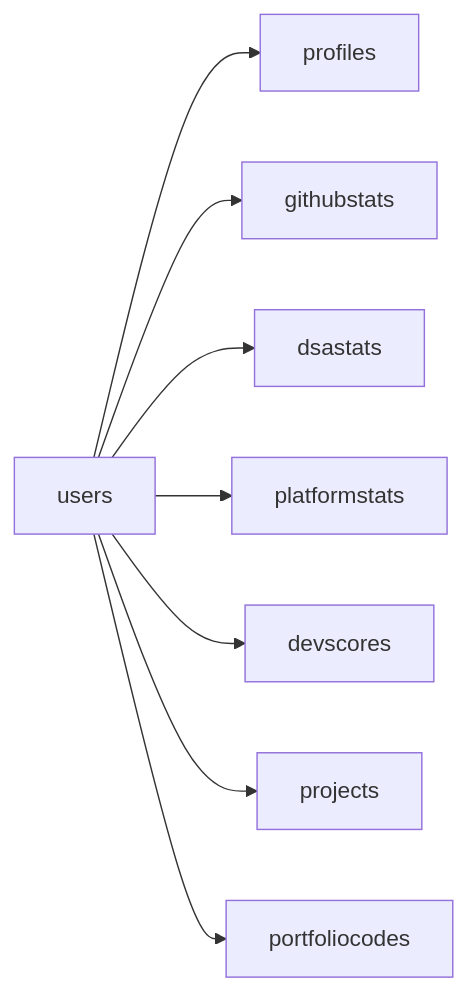
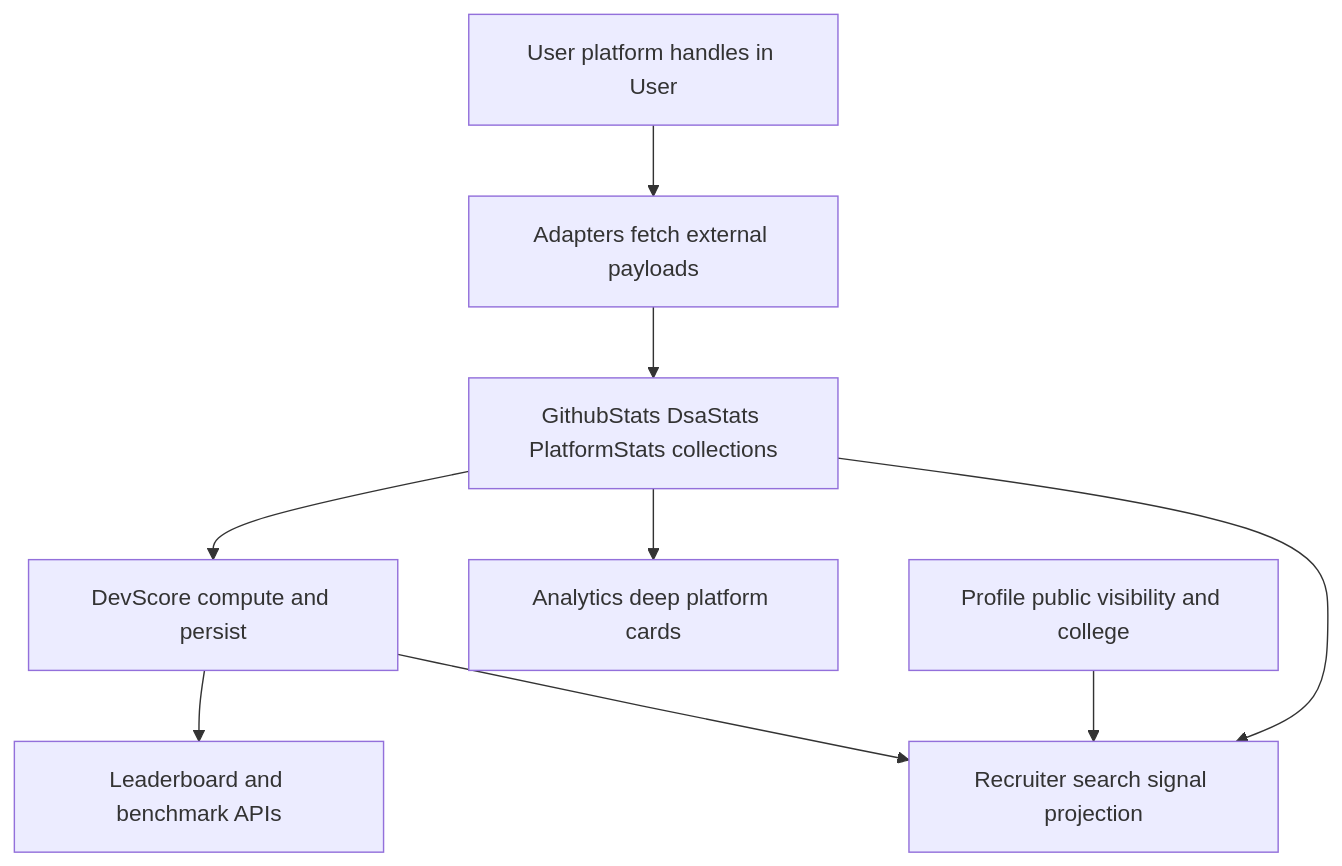
Before and after one commit to SubhashKumar14/DevFolio-App: the second of 4 diagrams in documentation/DATABASE_SCHEMA.md, drawn with Mermaid. The commit also changed other lines of this file and 22 other files, not shown here.

Commit message:
docs: add theoretical foundations to diagram-first documentation

````diff
--- a/documentation/DATABASE_SCHEMA.md
+++ b/documentation/DATABASE_SCHEMA.md
@@ -21,10 +142,11 @@
 ```mermaid
-flowchart LR
-	U[users] --> P[profiles]
-	U --> GS[githubstats]
-	U --> DS[dsastats]
-	U --> PS[platformstats]
-	U --> DV[devscores]
-	U --> PR[projects]
-	U --> PC[portfoliocodes]
+flowchart TD
+  H1[User platform handles in User] --> H2[Adapters fetch external payloads]
+  H2 --> H3[GithubStats DsaStats PlatformStats collections]
+  H3 --> H4[DevScore compute and persist]
+  H4 --> H5[Leaderboard and benchmark APIs]
+  H3 --> H6[Analytics deep platform cards]
+  H3 --> H7[Recruiter search signal projection]
+  H4 --> H7
+  UserProfile[Profile public visibility and college] --> H7
 ```
````
